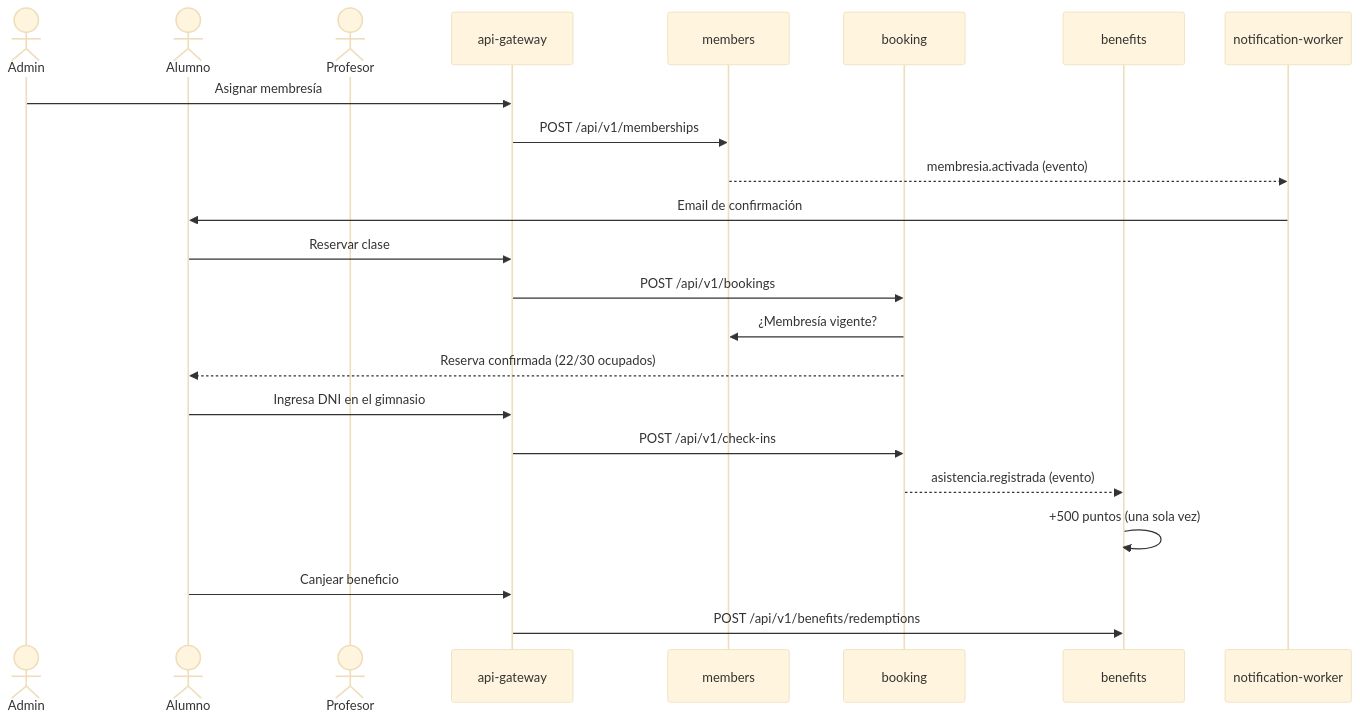
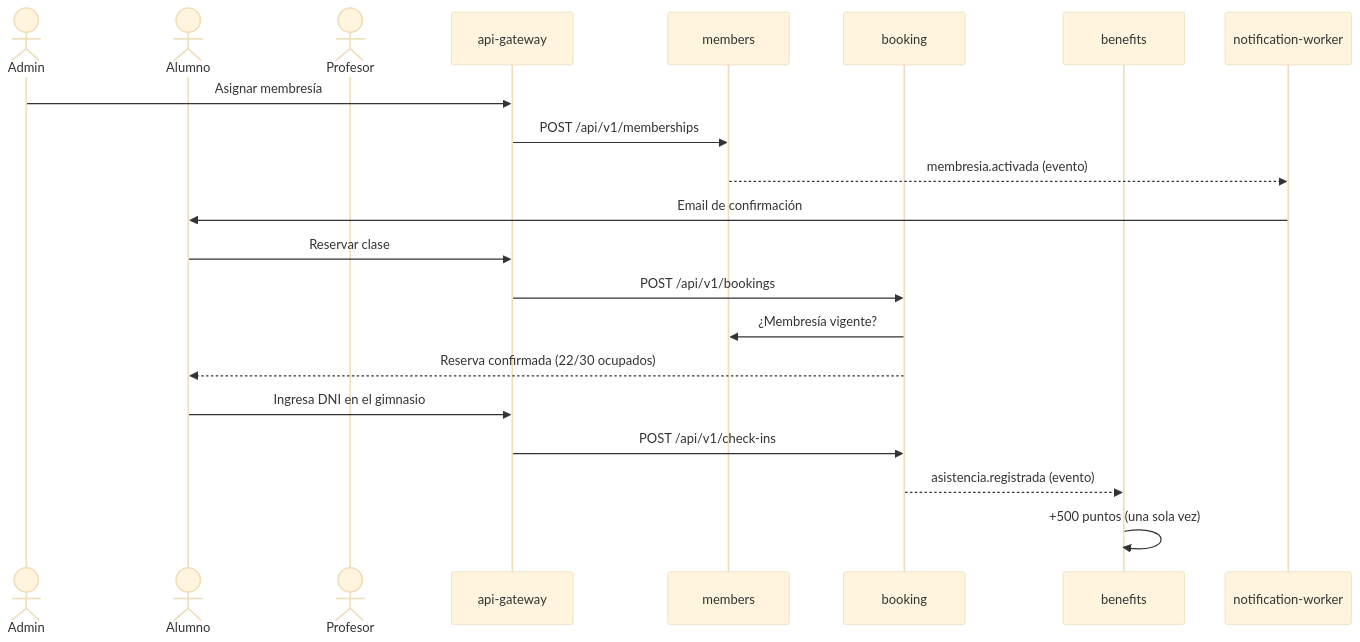
Before and after one commit to martiipastore/Proyecto-ARQUI-SW---GIMNASIO: the diagram in README.md, drawn with Mermaid (base theme). The commit also changed other lines of this file and 21 other files, not shown here.

````diff
--- a/README.md
+++ b/README.md
@@ -35,26 +35,24 @@
 ```mermaid
 sequenceDiagram
     actor Admin
     actor Alumno
     actor Profesor
     participant GW as api-gateway
     participant M as members
     participant B as booking
     participant BE as benefits
     participant N as notification-worker
 
     Admin->>GW: Asignar membresía
     GW->>M: POST /api/v1/memberships
     M-->>N: membresia.activada (evento)
     N->>Alumno: Email de confirmación
     Alumno->>GW: Reservar clase
     GW->>B: POST /api/v1/bookings
     B->>M: ¿Membresía vigente?
     B-->>Alumno: Reserva confirmada (22/30 ocupados)
     Alumno->>GW: Ingresa DNI en el gimnasio
     GW->>B: POST /api/v1/check-ins
     B-->>BE: asistencia.registrada (evento)
     BE->>BE: +500 puntos (una sola vez)
-    Alumno->>GW: Canjear beneficio
-    GW->>BE: POST /api/v1/benefits/redemptions
 ```
````
